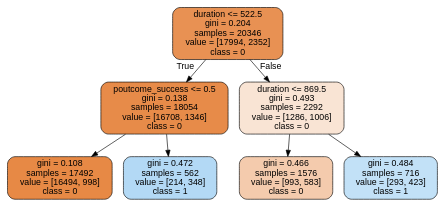
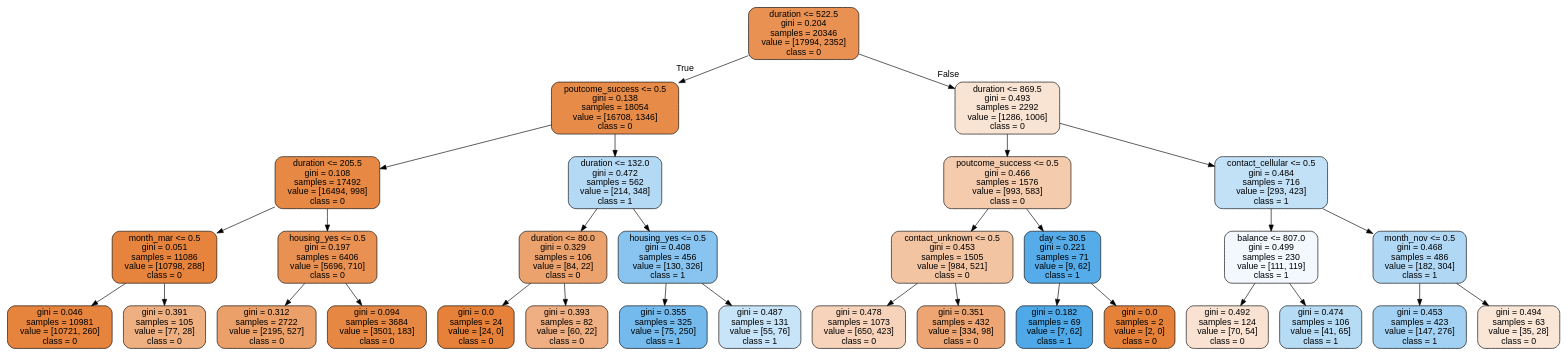
One commit to cax68080/signate changed the diagram in 金融機関におけるテレマーケティングの効率化/tree.dot. Above: the diagram before and after it, drawn with Graphviz. The commit also changed 2 other files, not shown here.

```diff
--- a/金融機関におけるテレマーケティングの効率化/tree.dot
+++ b/金融機関におけるテレマーケティングの効率化/tree.dot
@@ -1,17 +1,65 @@
 digraph Tree {
 node [shape=box, style="filled, rounded", color="black", fontname="helvetica"] ;
 edge [fontname="helvetica"] ;
 0 [label="duration <= 522.5\ngini = 0.204\nsamples = 20346\nvalue = [17994, 2352]\nclass = 0", fillcolor="#e89153"] ;
 1 [label="poutcome_success <= 0.5\ngini = 0.138\nsamples = 18054\nvalue = [16708, 1346]\nclass = 0", fillcolor="#e78b49"] ;
 0 -> 1 [labeldistance=2.5, labelangle=45, headlabel="True"] ;
-2 [label="gini = 0.108\nsamples = 17492\nvalue = [16494, 998]\nclass = 0", fillcolor="#e78945"] ;
+2 [label="duration <= 205.5\ngini = 0.108\nsamples = 17492\nvalue = [16494, 998]\nclass = 0", fillcolor="#e78945"] ;
 1 -> 2 ;
-3 [label="gini = 0.472\nsamples = 562\nvalue = [214, 348]\nclass = 1", fillcolor="#b3d9f5"] ;
-1 -> 3 ;
-4 [label="duration <= 869.5\ngini = 0.493\nsamples = 2292\nvalue = [1286, 1006]\nclass = 0", fillcolor="#f9e4d4"] ;
-0 -> 4 [labeldistance=2.5, labelangle=-45, headlabel="False"] ;
-5 [label="gini = 0.466\nsamples = 1576\nvalue = [993, 583]\nclass = 0", fillcolor="#f4cbad"] ;
-4 -> 5 ;
-6 [label="gini = 0.484\nsamples = 716\nvalue = [293, 423]\nclass = 1", fillcolor="#c2e1f7"] ;
-4 -> 6 ;
+3 [label="month_mar <= 0.5\ngini = 0.051\nsamples = 11086\nvalue = [10798, 288]\nclass = 0", fillcolor="#e6843e"] ;
+2 -> 3 ;
+4 [label="gini = 0.046\nsamples = 10981\nvalue = [10721, 260]\nclass = 0", fillcolor="#e6843e"] ;
+3 -> 4 ;
+5 [label="gini = 0.391\nsamples = 105\nvalue = [77, 28]\nclass = 0", fillcolor="#eeaf81"] ;
+3 -> 5 ;
+6 [label="housing_yes <= 0.5\ngini = 0.197\nsamples = 6406\nvalue = [5696, 710]\nclass = 0", fillcolor="#e89152"] ;
+2 -> 6 ;
+7 [label="gini = 0.312\nsamples = 2722\nvalue = [2195, 527]\nclass = 0", fillcolor="#eb9f69"] ;
+6 -> 7 ;
+8 [label="gini = 0.094\nsamples = 3684\nvalue = [3501, 183]\nclass = 0", fillcolor="#e68843"] ;
+6 -> 8 ;
+9 [label="duration <= 132.0\ngini = 0.472\nsamples = 562\nvalue = [214, 348]\nclass = 1", fillcolor="#b3d9f5"] ;
+1 -> 9 ;
+10 [label="duration <= 80.0\ngini = 0.329\nsamples = 106\nvalue = [84, 22]\nclass = 0", fillcolor="#eca26d"] ;
+9 -> 10 ;
+11 [label="gini = 0.0\nsamples = 24\nvalue = [24, 0]\nclass = 0", fillcolor="#e58139"] ;
+10 -> 11 ;
+12 [label="gini = 0.393\nsamples = 82\nvalue = [60, 22]\nclass = 0", fillcolor="#efaf82"] ;
+10 -> 12 ;
+13 [label="housing_yes <= 0.5\ngini = 0.408\nsamples = 456\nvalue = [130, 326]\nclass = 1", fillcolor="#88c4ef"] ;
+9 -> 13 ;
+14 [label="gini = 0.355\nsamples = 325\nvalue = [75, 250]\nclass = 1", fillcolor="#74baed"] ;
+13 -> 14 ;
+15 [label="gini = 0.487\nsamples = 131\nvalue = [55, 76]\nclass = 1", fillcolor="#c8e4f8"] ;
+13 -> 15 ;
+16 [label="duration <= 869.5\ngini = 0.493\nsamples = 2292\nvalue = [1286, 1006]\nclass = 0", fillcolor="#f9e4d4"] ;
+0 -> 16 [labeldistance=2.5, labelangle=-45, headlabel="False"] ;
+17 [label="poutcome_success <= 0.5\ngini = 0.466\nsamples = 1576\nvalue = [993, 583]\nclass = 0", fillcolor="#f4cbad"] ;
+16 -> 17 ;
+18 [label="contact_unknown <= 0.5\ngini = 0.453\nsamples = 1505\nvalue = [984, 521]\nclass = 0", fillcolor="#f3c4a2"] ;
+17 -> 18 ;
+19 [label="gini = 0.478\nsamples = 1073\nvalue = [650, 423]\nclass = 0", fillcolor="#f6d3ba"] ;
+18 -> 19 ;
+20 [label="gini = 0.351\nsamples = 432\nvalue = [334, 98]\nclass = 0", fillcolor="#eda673"] ;
+18 -> 20 ;
+21 [label="day <= 30.5\ngini = 0.221\nsamples = 71\nvalue = [9, 62]\nclass = 1", fillcolor="#56abe9"] ;
+17 -> 21 ;
+22 [label="gini = 0.182\nsamples = 69\nvalue = [7, 62]\nclass = 1", fillcolor="#4fa8e8"] ;
+21 -> 22 ;
+23 [label="gini = 0.0\nsamples = 2\nvalue = [2, 0]\nclass = 0", fillcolor="#e58139"] ;
+21 -> 23 ;
+24 [label="contact_cellular <= 0.5\ngini = 0.484\nsamples = 716\nvalue = [293, 423]\nclass = 1", fillcolor="#c2e1f7"] ;
+16 -> 24 ;
+25 [label="balance <= 807.0\ngini = 0.499\nsamples = 230\nvalue = [111, 119]\nclass = 1", fillcolor="#f2f8fd"] ;
+24 -> 25 ;
+26 [label="gini = 0.492\nsamples = 124\nvalue = [70, 54]\nclass = 0", fillcolor="#f9e2d2"] ;
+25 -> 26 ;
+27 [label="gini = 0.474\nsamples = 106\nvalue = [41, 65]\nclass = 1", fillcolor="#b6dbf5"] ;
+25 -> 27 ;
+28 [label="month_nov <= 0.5\ngini = 0.468\nsamples = 486\nvalue = [182, 304]\nclass = 1", fillcolor="#b0d8f5"] ;
+24 -> 28 ;
+29 [label="gini = 0.453\nsamples = 423\nvalue = [147, 276]\nclass = 1", fillcolor="#a2d1f3"] ;
+28 -> 29 ;
+30 [label="gini = 0.494\nsamples = 63\nvalue = [35, 28]\nclass = 0", fillcolor="#fae6d7"] ;
+28 -> 30 ;
 }
```
